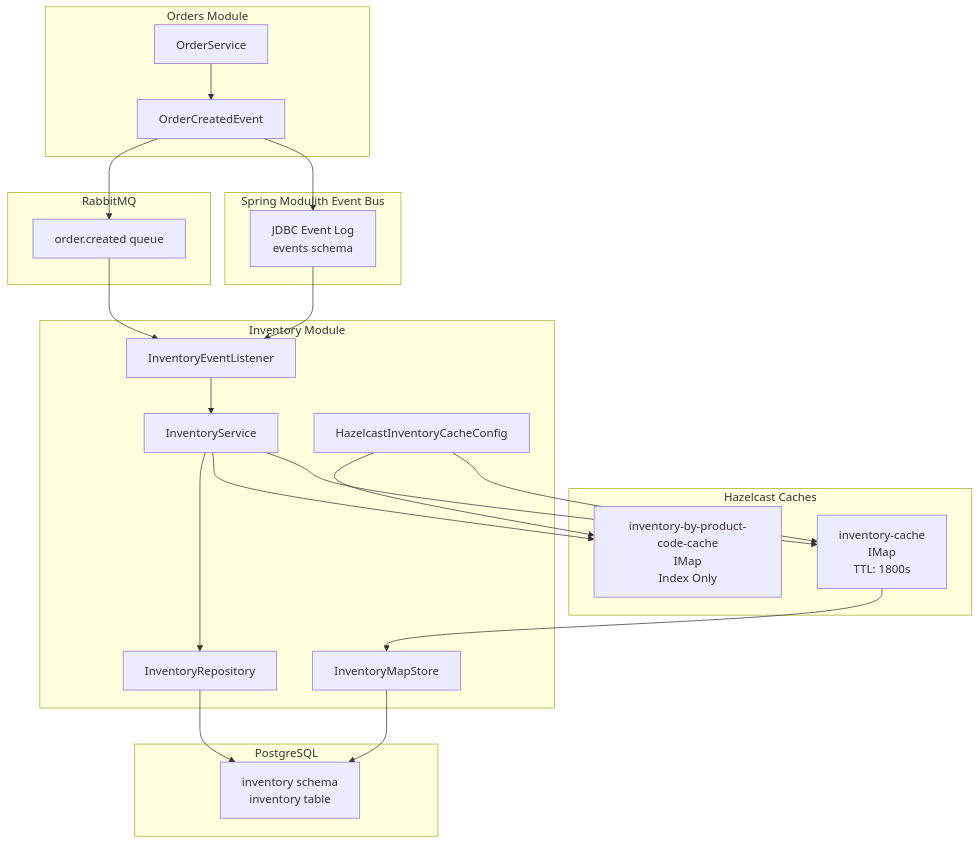
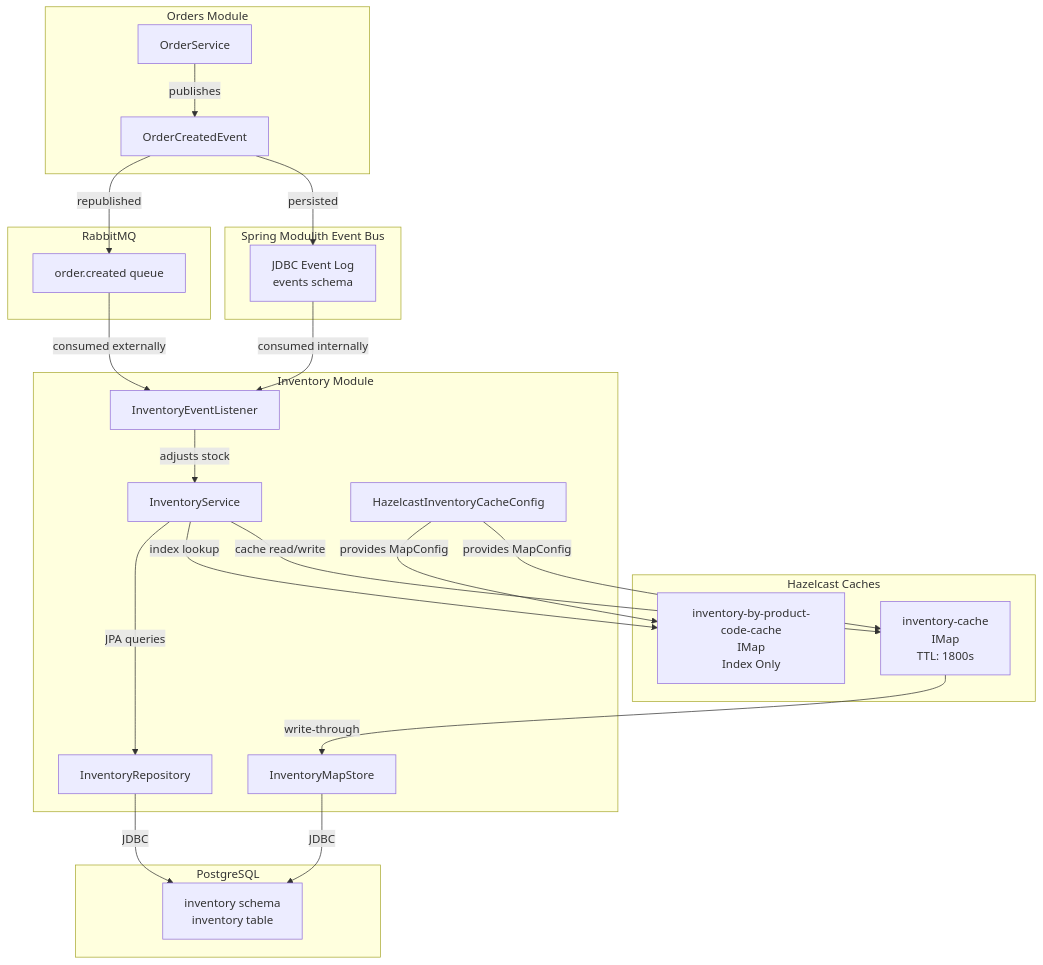
The first of 4 diagrams in docs/deepwiki/Inventory-Module.md (philipz/spring-modular-monolith), drawn with Mermaid before and after one commit. The commit also changed other lines of this file and 55 other files, not shown here.

````diff
--- a/docs/deepwiki/Inventory-Module.md
+++ b/docs/deepwiki/Inventory-Module.md
@@ -42,61 +42,61 @@
 ```mermaid
 flowchart TD
 
 OrderService["OrderService"]
 OrderCreated["OrderCreatedEvent"]
 EventListener["InventoryEventListener"]
 InventorySvc["InventoryService"]
 InventoryRepo["InventoryRepository"]
 InventoryMS["InventoryMapStore"]
 HZConfig["HazelcastInventoryCacheConfig"]
 EventLog["JDBC Event Log<br>events schema"]
 OrderQueue["order.created queue"]
 InventoryCache["inventory-cache<br>IMap<Long, Object><br>TTL: 1800s"]
 InventoryIndex["inventory-by-product-code-cache<br>IMap<String, Object><br>Index Only"]
 InventorySchema["inventory schema<br>inventory table"]
 
-OrderCreated --> EventLog
-EventLog --> EventListener
-OrderCreated --> OrderQueue
-OrderQueue --> EventListener
-InventorySvc --> InventoryCache
-InventorySvc --> InventoryIndex
-InventoryCache --> InventoryMS
-InventoryMS --> InventorySchema
-HZConfig --> InventoryCache
-HZConfig --> InventoryIndex
-InventoryRepo --> InventorySchema
+OrderCreated -->|"persisted"| EventLog
+EventLog -->|"consumed internally"| EventListener
+OrderCreated -->|"republished"| OrderQueue
+OrderQueue -->|"consumed externally"| EventListener
+InventorySvc -->|"cache read/write"| InventoryCache
+InventorySvc -->|"index lookup"| InventoryIndex
+InventoryCache -->|"write-through"| InventoryMS
+InventoryMS -->|"JDBC"| InventorySchema
+HZConfig -->|"provides MapConfig"| InventoryCache
+HZConfig -->|"provides MapConfig"| InventoryIndex
+InventoryRepo -->|"JDBC"| InventorySchema
 
 subgraph PostgreSQL ["PostgreSQL"]
     InventorySchema
 end
 
 subgraph subGraph4 ["Hazelcast Caches"]
     InventoryCache
     InventoryIndex
 end
 
 subgraph RabbitMQ ["RabbitMQ"]
     OrderQueue
 end
 
 subgraph subGraph2 ["Spring Modulith Event Bus"]
     EventLog
 end
 
 subgraph subGraph1 ["Inventory Module"]
     EventListener
     InventorySvc
     InventoryRepo
     InventoryMS
     HZConfig
-    EventListener --> InventorySvc
-    InventorySvc --> InventoryRepo
+    EventListener -->|"adjusts stock"| InventorySvc
+    InventorySvc -->|"JPA queries"| InventoryRepo
 end
 
 subgraph subGraph0 ["Orders Module"]
     OrderService
     OrderCreated
-    OrderService --> OrderCreated
+    OrderService -->|"publishes"| OrderCreated
 end
 ```
````
